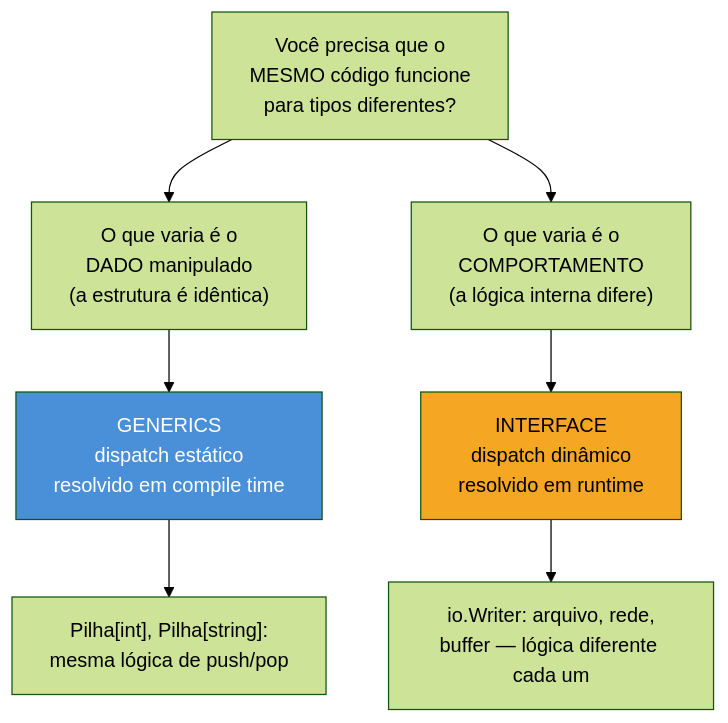
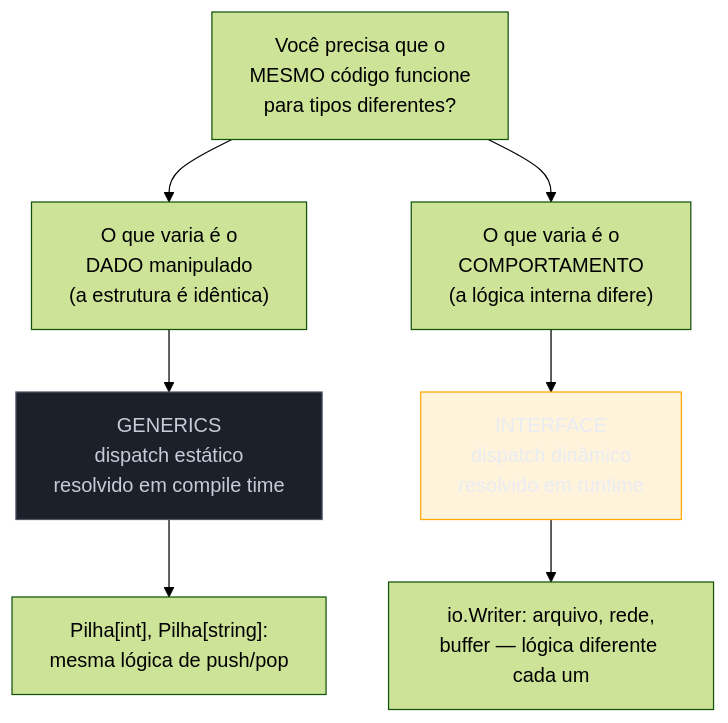
The first of 2 diagrams in 03-Dominios/Tecnologia/Go/06 - Generics/06 - Generics vs interfaces — quando usar cada um.md (josenaldo/codex-technomanticus), drawn with Mermaid (forest theme) before and after one commit. The commit also changed 1181 other files, not shown here.

First line of the commit message:
fix(diagramas): paleta do sistema no lugar de cor cravada no markdown

````diff
--- a/03-Dominios/Tecnologia/Go/06 - Generics/06 - Generics vs interfaces — quando usar cada um.md
+++ b/03-Dominios/Tecnologia/Go/06 - Generics/06 - Generics vs interfaces — quando usar cada um.md
@@ -53,15 +53,17 @@
 ```mermaid
 flowchart TB
+    classDef neutro fill:#1B2029,stroke:#4E5666,color:#C6CCD8
+    classDef destaque fill:#FFAA0024,stroke:#FFAA00,color:#E9ECF2
     Q["Você precisa que o<br/>MESMO código funcione<br/>para tipos diferentes?"]
     Q --> A["O que varia é o<br/>DADO manipulado<br/>(a estrutura é idêntica)"]
     Q --> B["O que varia é o<br/>COMPORTAMENTO<br/>(a lógica interna difere)"]
 
     A --> A1["GENERICS<br/>dispatch estático<br/>resolvido em compile time"]
     B --> B1["INTERFACE<br/>dispatch dinâmico<br/>resolvido em runtime"]
 
     A1 --> A2["Pilha[int], Pilha[string]:<br/>mesma lógica de push/pop"]
     B1 --> B2["io.Writer: arquivo, rede,<br/>buffer — lógica diferente cada um"]
 
-    style A1 fill:#4A90D9,color:#fff
-    style B1 fill:#F5A623,color:#000
+    class A1 neutro
+    class B1 destaque
 ```
````
